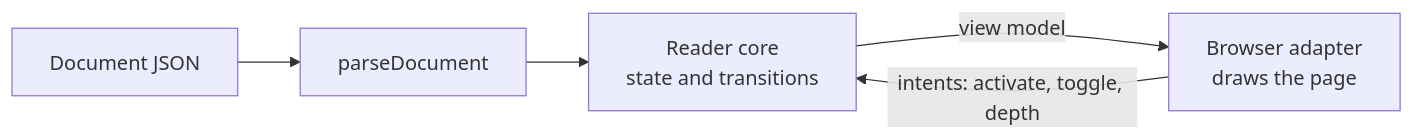
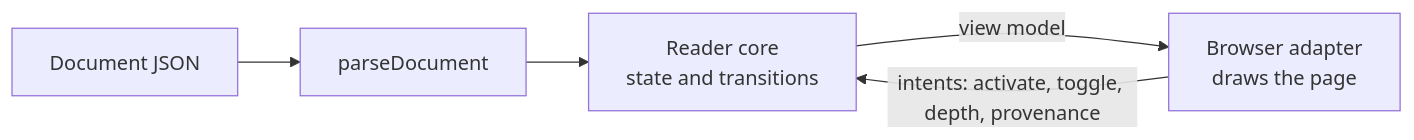
Before and after one commit to channingwalton/elastic-documents: the diagram in README.md, drawn with Mermaid. The commit also changed other lines of this file and 12 other files, not shown here.

````diff
--- a/README.md
+++ b/README.md
@@ -106,7 +133,7 @@
 ```mermaid
 flowchart LR
     J[Document JSON] --> P[parseDocument]
     P --> R[Reader core<br/>state and transitions]
     R -->|view model| B[Browser adapter<br/>draws the page]
-    B -->|intents: activate, toggle, depth| R
+    B -->|intents: activate, toggle, depth, provenance| R
 ```
````
